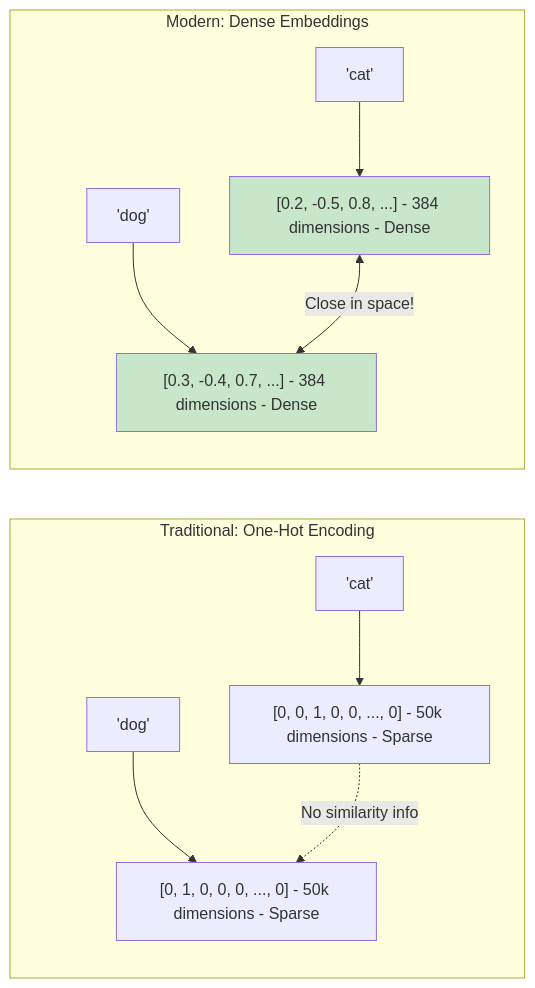
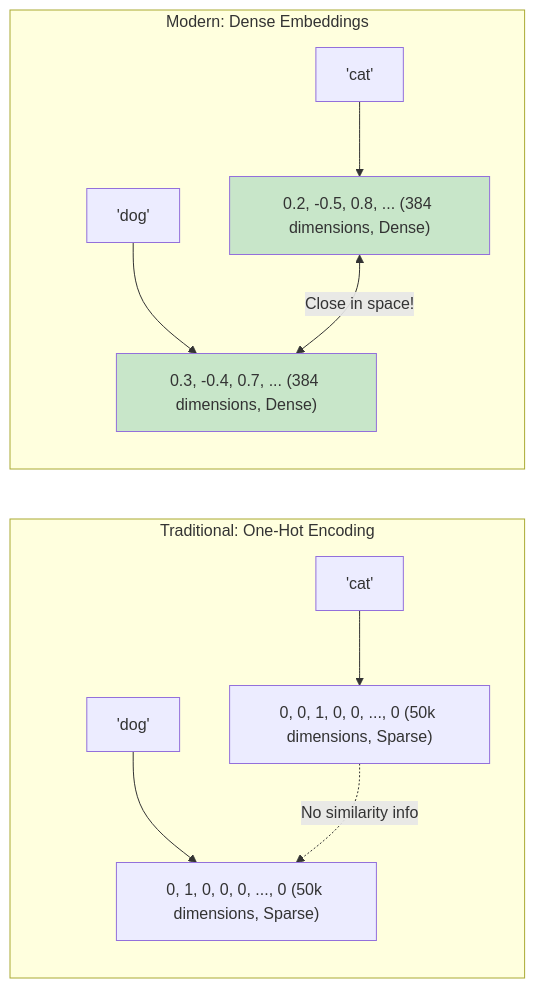
The first of 9 diagrams in docs/learning/02-embeddings-vectors.md (indhra/llm_rag_sec_findings), drawn with Mermaid before and after one commit. The commit also changed other lines of this file and 9 other files, not shown here.

````diff
--- a/docs/learning/02-embeddings-vectors.md
+++ b/docs/learning/02-embeddings-vectors.md
@@ -23,18 +23,18 @@
 ```mermaid
 graph LR
     subgraph "Traditional: One-Hot Encoding"
-        T1["'cat'"] --> V1["[0, 0, 1, 0, 0, ..., 0] - 50k dimensions - Sparse"]
-        T2["'dog'"] --> V2["[0, 1, 0, 0, 0, ..., 0] - 50k dimensions - Sparse"]
+        T1["'cat'"] --> V1["0, 0, 1, 0, 0, ..., 0 (50k dimensions, Sparse)"]
+        T2["'dog'"] --> V2["0, 1, 0, 0, 0, ..., 0 (50k dimensions, Sparse)"]
     end
     
     subgraph "Modern: Dense Embeddings"
-        T3["'cat'"] --> V3["[0.2, -0.5, 0.8, ...] - 384 dimensions - Dense"]
-        T4["'dog'"] --> V4["[0.3, -0.4, 0.7, ...] - 384 dimensions - Dense"]
+        T3["'cat'"] --> V3["0.2, -0.5, 0.8, ... (384 dimensions, Dense)"]
+        T4["'dog'"] --> V4["0.3, -0.4, 0.7, ... (384 dimensions, Dense)"]
     end
     
     V1 -.->|No similarity info| V2
     V3 <-->|Close in space!| V4
     
     style V3 fill:#c8e6c9
     style V4 fill:#c8e6c9
 ```
````
